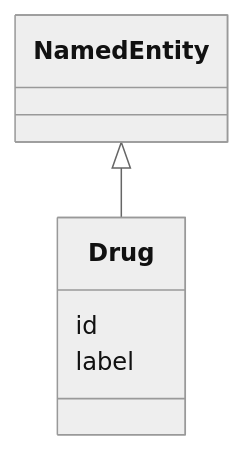
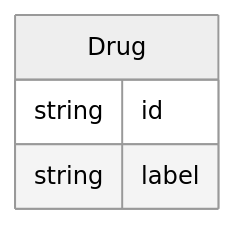
One commit to monarch-initiative/ontogpt changed the diagram in docs/treatment/Drug.md. Above: the diagram before and after it, drawn with Mermaid (neutral theme). The commit also changed 187 other files, not shown here.

````diff
--- a/docs/treatment/Drug.md
+++ b/docs/treatment/Drug.md
@@ -8,9 +8,10 @@
 ```mermaid
- classDiagram
-    class Drug
-      NamedEntity <|-- Drug
-      
-      Drug : id
-      Drug : label
-      
+erDiagram
+Drug {
+    string id  
+    string label  
+}
+
+
+
 ```
````
